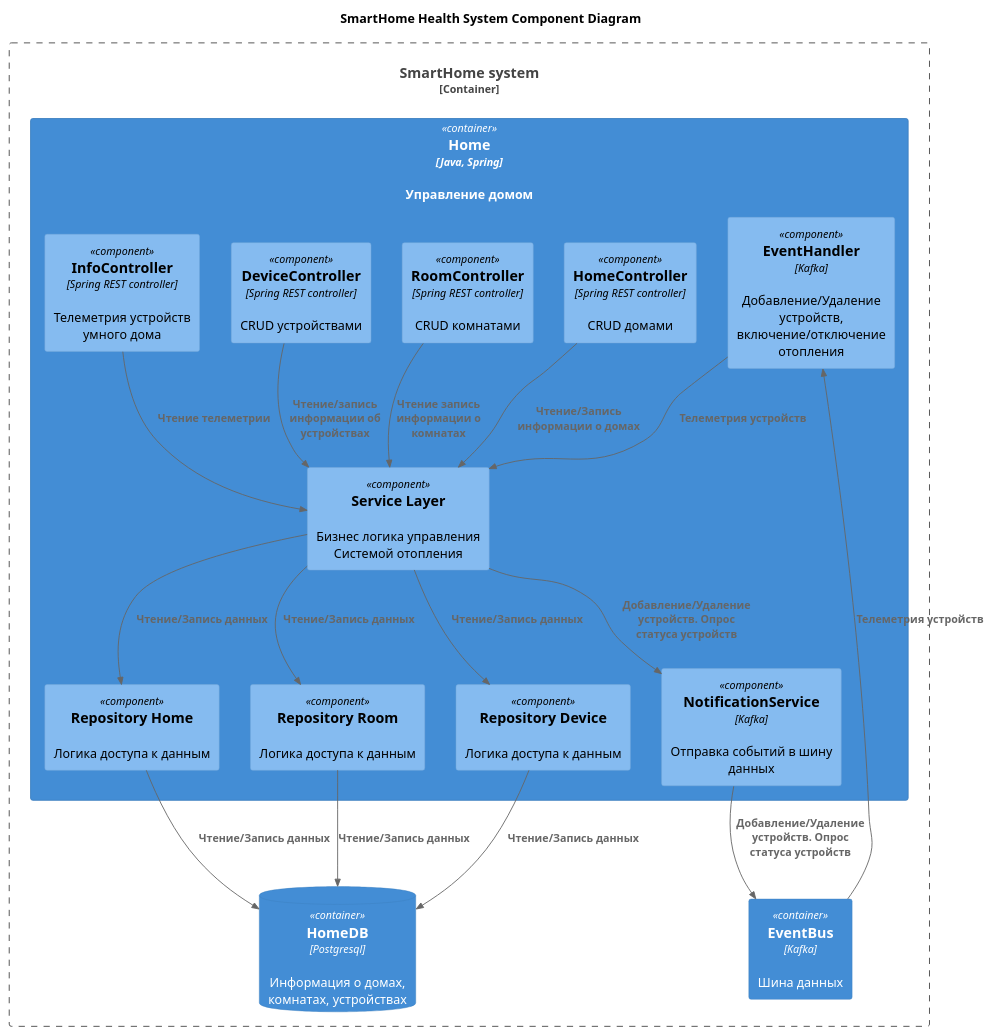
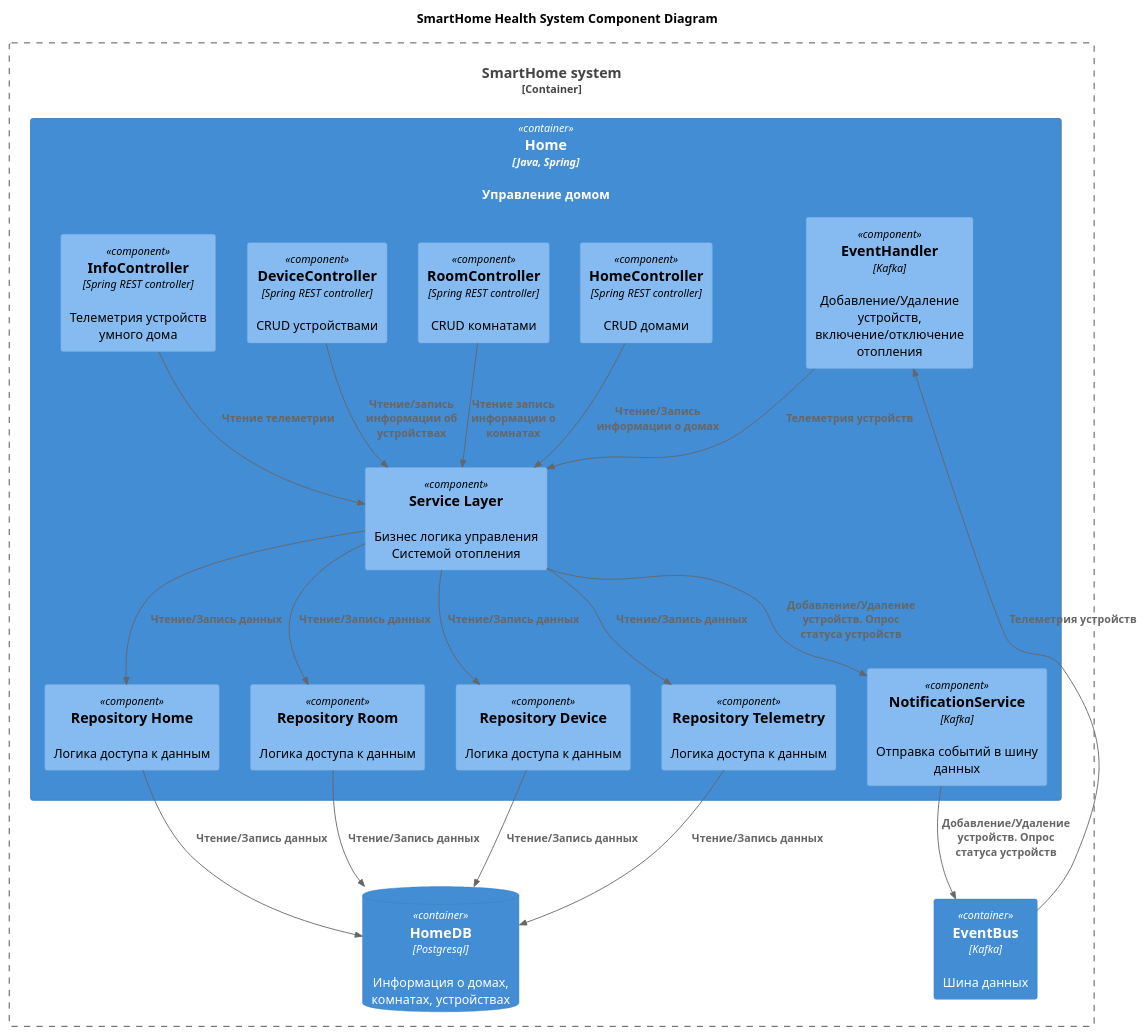
One commit to schnack/architecture-sprint-3 changed the diagram in diagrams/component/Home_component.puml. Above: the diagram before and after it, drawn with PlantUML. The commit also changed 3 other files, not shown here.

```diff
--- a/diagrams/component/Home_component.puml
+++ b/diagrams/component/Home_component.puml
@@ -1,44 +1,47 @@
 @startuml
 title SmartHome Health System Component Diagram
 
 top to bottom direction
 
 !includeurl https://raw.githubusercontent.com/RicardoNiepel/C4-PlantUML/master/C4_Component.puml
 
 Container_Boundary(SmartHome, "SmartHome system") {
   Container(Home, "Home", "Java, Spring", "Управление домом")
   ContainerDb(HomeDB, "HomeDB", "Postgresql", "Информация о домах, комнатах, устройствах")
   Container(EventBus, "EventBus", "Kafka", "Шина данных")
 }
 
 Container(Home, "Home", "Java, Spring"){
     Component(HomeController, "HomeController", "Spring REST controller", "CRUD домами")
     Component(RoomController, "RoomController", "Spring REST controller", "CRUD комнатами")
     Component(DeviceController, "DeviceController", "Spring REST controller", "CRUD устройствами")
     Component(InfoController, "InfoController", "Spring REST controller", "Телеметрия устройств умного дома")
     Component(EventHandler, "EventHandler", "Kafka", "Добавление/Удаление устройств, включение/отключение отопления")
     Component(NotificationService, "NotificationService", "Kafka", "Отправка событий в шину данных")
     Component(ServiceLayer, "Service Layer", "", "Бизнес логика управления Системой отопления")
     Component(RepositoryHome, "Repository Home", "", "Логика доступа к данным")
     Component(RepositoryRoom, "Repository Room", "", "Логика доступа к данным")
     Component(RepositoryDevice, "Repository Device", "", "Логика доступа к данным")
+    Component(RepositoryTelemetry, "Repository Telemetry", "", "Логика доступа к данным")
 }
 
 Rel(HomeController, ServiceLayer, "Чтение/Запись информации о домах")
 Rel(RoomController, ServiceLayer, "Чтение запись информации о комнатах")
 Rel(DeviceController, ServiceLayer, "Чтение/запись информации об устройствах")
 Rel(InfoController, ServiceLayer, "Чтение телеметрии")
 
 Rel(EventBus, EventHandler, "Телеметрия устройств")
 Rel(NotificationService, EventBus, "Добавление/Удаление устройств. Опрос статуса устройств")
 Rel(EventHandler, ServiceLayer, "Телеметрия устройств")
 Rel(ServiceLayer, NotificationService, "Добавление/Удаление устройств. Опрос статуса устройств")
 
 Rel(ServiceLayer, RepositoryHome, "Чтение/Запись данных")
 Rel(ServiceLayer, RepositoryRoom, "Чтение/Запись данных")
 Rel(ServiceLayer, RepositoryDevice, "Чтение/Запись данных")
+Rel(ServiceLayer, RepositoryTelemetry, "Чтение/Запись данных")
 
 Rel(RepositoryHome, HomeDB, "Чтение/Запись данных")
 Rel(RepositoryRoom, HomeDB, "Чтение/Запись данных")
 Rel(RepositoryDevice, HomeDB, "Чтение/Запись данных")
+Rel(RepositoryTelemetry, HomeDB, "Чтение/Запись данных")
 @enduml
```
